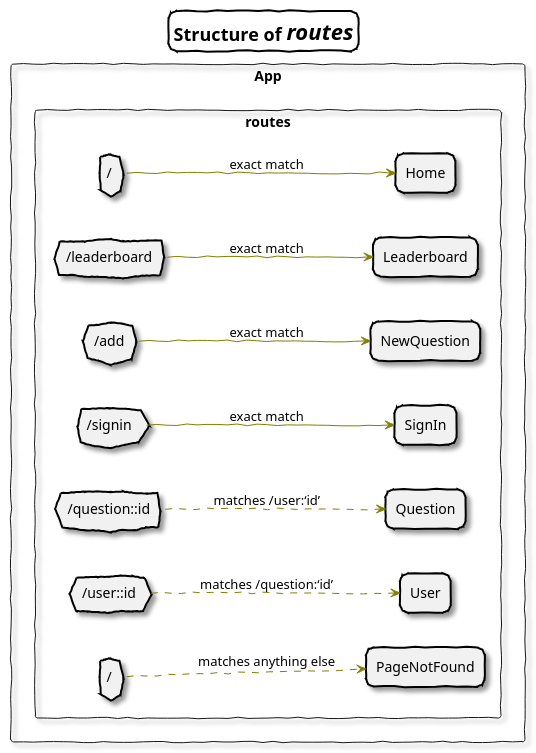
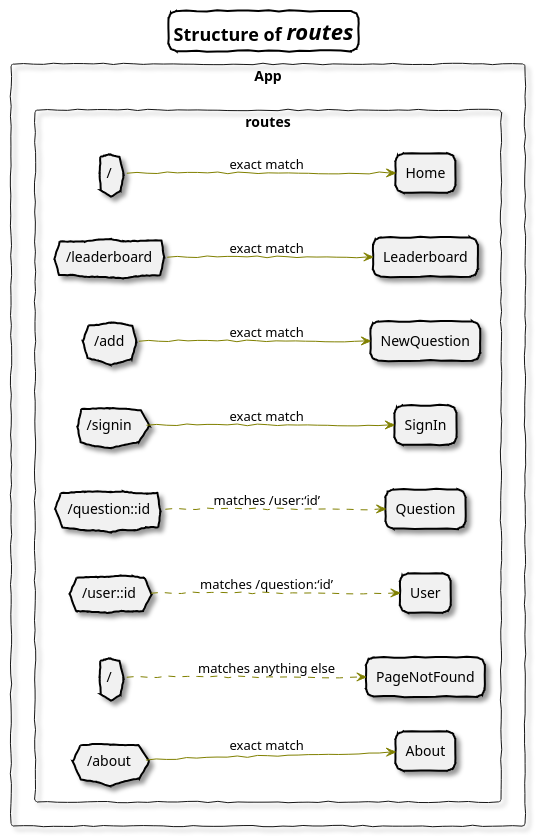
One commit to notetiene/reactnd-would-you-rather changed the fifth of 16 diagrams in docs/README.org. Above: the diagram before and after it, drawn with PlantUML. The commit also changed other lines of this file and 2 other files, not shown here.

Commit message:
Add the About page component in docs

```diff
--- a/docs/README.org
+++ b/docs/README.org
@@ -314,41 +314,44 @@
 #+begin_src plantuml :file images/routes_structure.png
   skinparam {
       titleBorderRoundCorner 15
       titleBorderThickness 2
       titleBorderColor black
       handwritten true
       shadowing true
       ArrowColor Olive
   }
 
   title =Structure of <i>routes</i>
   left to right direction
 
   rectangle App {
       rectangle routes {
           rectangle Home
           rectangle Leaderboard
           rectangle NewQuestion
           rectangle Question
           rectangle SignIn
           rectangle User
           rectangle PageNotFound
+          rectangle About
 
           cloud "/" as home
           cloud "/leaderboard" as leaderboard
           cloud "/add" as newquestion
           cloud "/signin" as signin
           cloud "/question::id" as question
           cloud "/user::id" as user
           cloud "/" as pagenotfound
+          cloud "/about" as about
 
           home --> Home : exact match
           leaderboard --> Leaderboard : exact match
           newquestion --> NewQuestion : exact match
           signin --> SignIn : exact match
           question ..> Question : matches /user:‘id’
           user ..> User : matches /question:‘id’
           pagenotfound ..> PageNotFound : matches anything else
+          about --> About : exact match
       }
   }
 #+end_src
```
